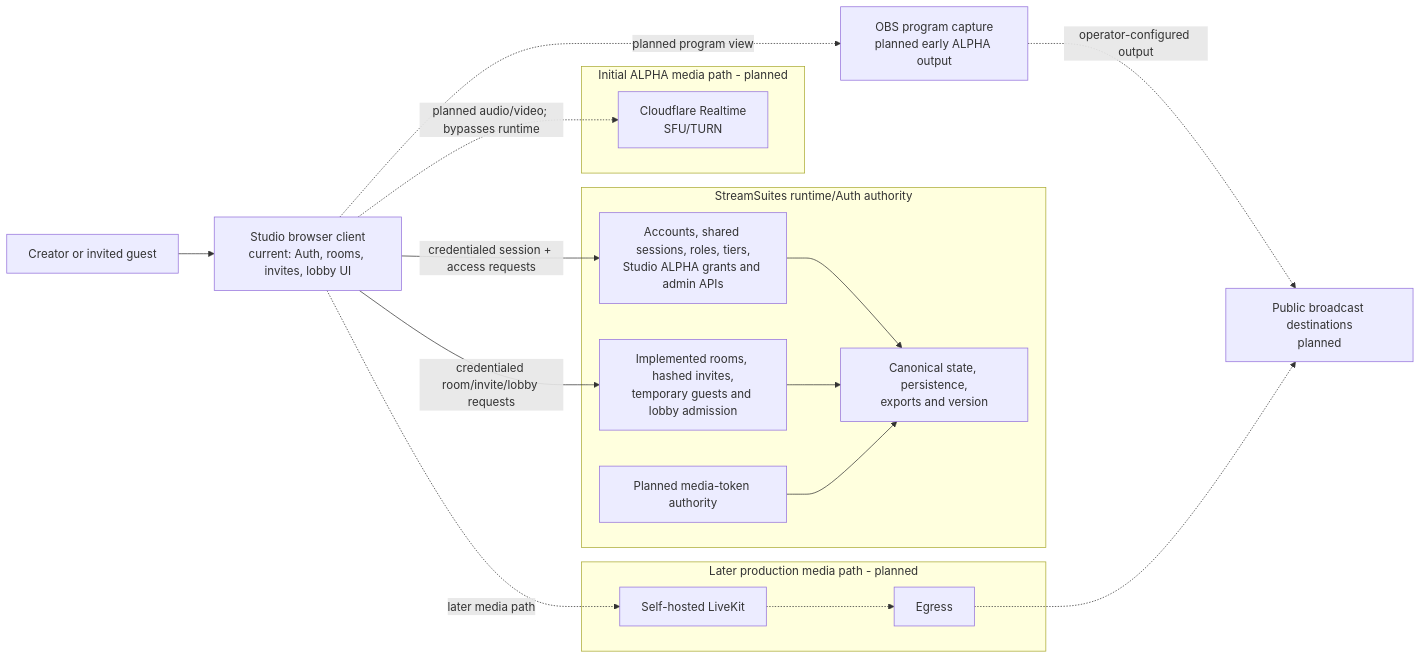
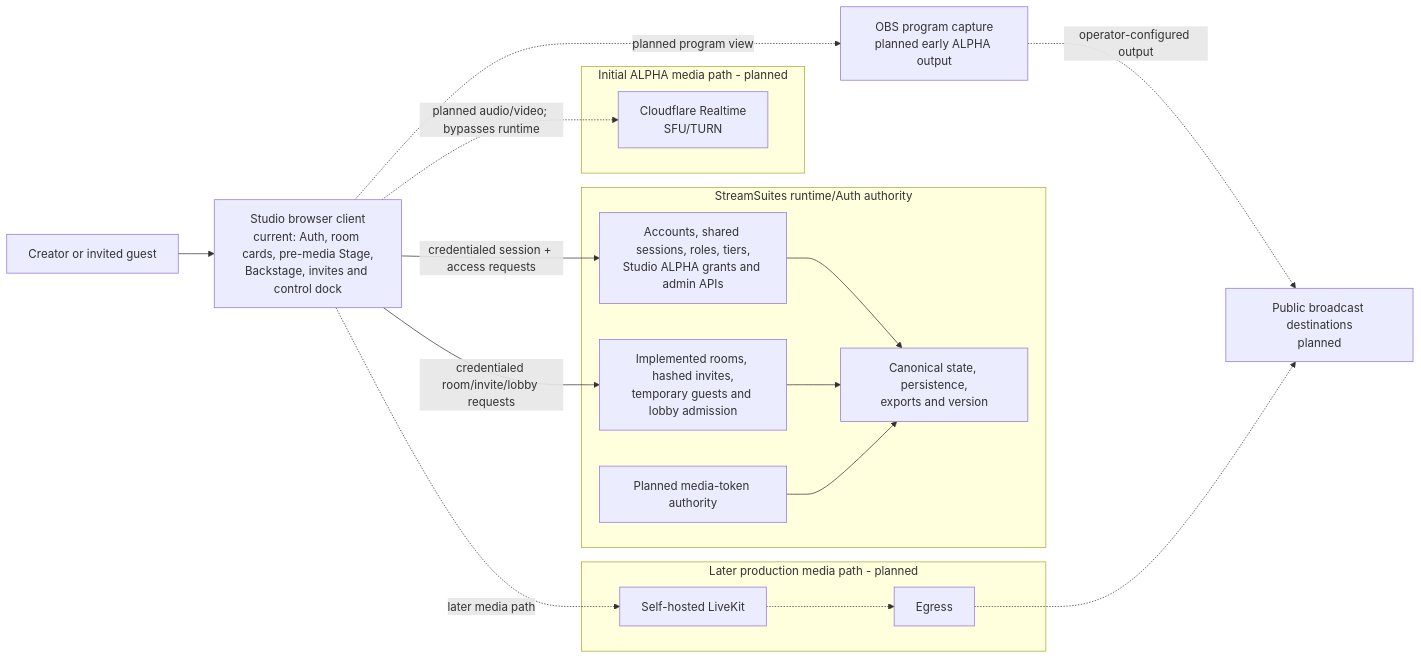
Before and after one commit to BSMediaGroup/StreamSuites-Studio: the diagram in docs/system-architecture.md, drawn with Mermaid. The commit also changed other lines of this file and 9 other files, not shown here.

First line of the commit message:
Build the Studio stage workspace and fix OAuth icons

````diff
--- a/docs/system-architecture.md
+++ b/docs/system-architecture.md
@@ -9,39 +9,39 @@
 ```mermaid
 flowchart LR
     User["Creator or invited guest"]
-    Studio["Studio browser client<br/>current: Auth, rooms, invites, lobby UI"]
+    Studio["Studio browser client<br/>current: Auth, room cards, pre-media Stage,<br/>Backstage, invites and control dock"]
 
     subgraph Runtime["StreamSuites runtime/Auth authority"]
         Auth["Accounts, shared sessions, roles, tiers,<br/>Studio ALPHA grants and admin APIs"]
         Rooms["Implemented rooms, hashed invites,<br/>temporary guests and lobby admission"]
         MediaTokens["Planned media-token authority"]
         State["Canonical state, persistence,<br/>exports and version"]
     end
 
     subgraph InitialMedia["Initial ALPHA media path - planned"]
         Realtime["Cloudflare Realtime<br/>SFU/TURN"]
     end
 
     subgraph ProductionMedia["Later production media path - planned"]
         LiveKit["Self-hosted LiveKit"]
         Egress["Egress"]
     end
 
     OBS["OBS program capture<br/>planned early ALPHA output"]
     Destinations["Public broadcast destinations<br/>planned"]
 
     User --> Studio
     Studio -->|"credentialed session + access requests"| Auth
     Studio -->|"credentialed room/invite/lobby requests"| Rooms
     Auth --> State
     Rooms --> State
     MediaTokens --> State
 
     Studio -. "planned audio/video; bypasses runtime" .-> Realtime
     Studio -. "planned program view" .-> OBS
     OBS -. "operator-configured output" .-> Destinations
 
     Studio -. "later media path" .-> LiveKit
     LiveKit -.-> Egress
     Egress -.-> Destinations
 ```
````
